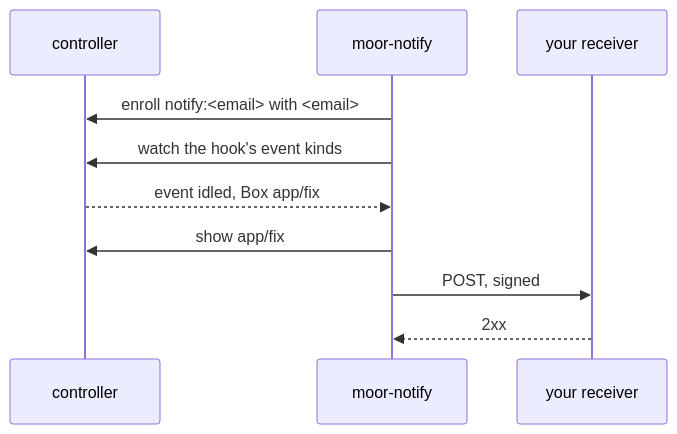
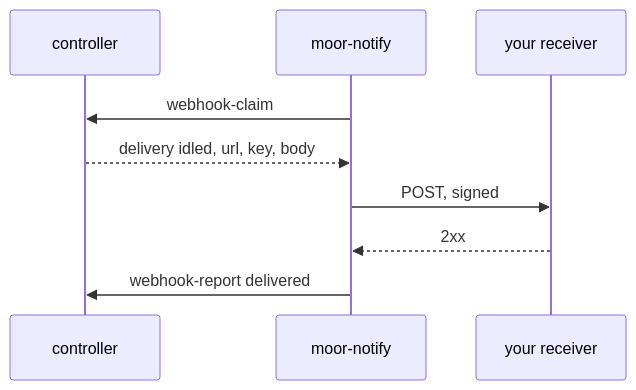
The diagram in docs/notify.md (IniZio/moor), drawn with Mermaid before and after one commit. The commit also changed other lines of this file and 15 other files, not shown here.

Commit message:
feat(notify): deliver the controller's webhook outbox

````diff
--- a/docs/notify.md
+++ b/docs/notify.md
@@ -11,12 +11,11 @@
 ```mermaid
 sequenceDiagram
     participant C as controller
     participant N as moor-notify
     participant R as your receiver
-    N->>C: enroll notify:<email> with <email>
-    N->>C: watch the hook's event kinds
-    C-->>N: event idled, Box app/fix
-    N->>C: show app/fix
+    N->>C: webhook-claim
+    C-->>N: delivery idled, url, key, body
     N->>R: POST, signed
     R-->>N: 2xx
+    N->>C: webhook-report delivered
 ```
````
